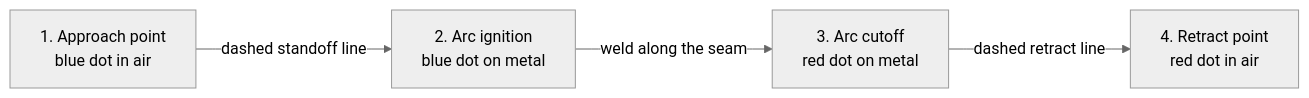
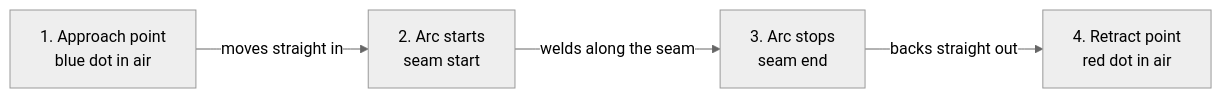
The diagram in README.md (sparrowdex/armatrix_weld_seam_planner), drawn with Mermaid (neutral theme) before and after one commit. The commit also changed other lines of this file and 9 other files, not shown here.

````diff
--- a/README.md
+++ b/README.md
@@ -75,6 +68,6 @@
 ```mermaid
 flowchart LR
-    A["1. Approach point<br/>blue dot in air"] -- "dashed standoff line" --> B["2. Arc ignition<br/>blue dot on metal"]
-    B -- "weld along the seam" --> C["3. Arc cutoff<br/>red dot on metal"]
-    C -- "dashed retract line" --> D["4. Retract point<br/>red dot in air"]
+    A["1. Approach point<br/>blue dot in air"] -- "moves straight in" --> B["2. Arc starts<br/>seam start"]
+    B -- "welds along the seam" --> C["3. Arc stops<br/>seam end"]
+    C -- "backs straight out" --> D["4. Retract point<br/>red dot in air"]
 ```
````
